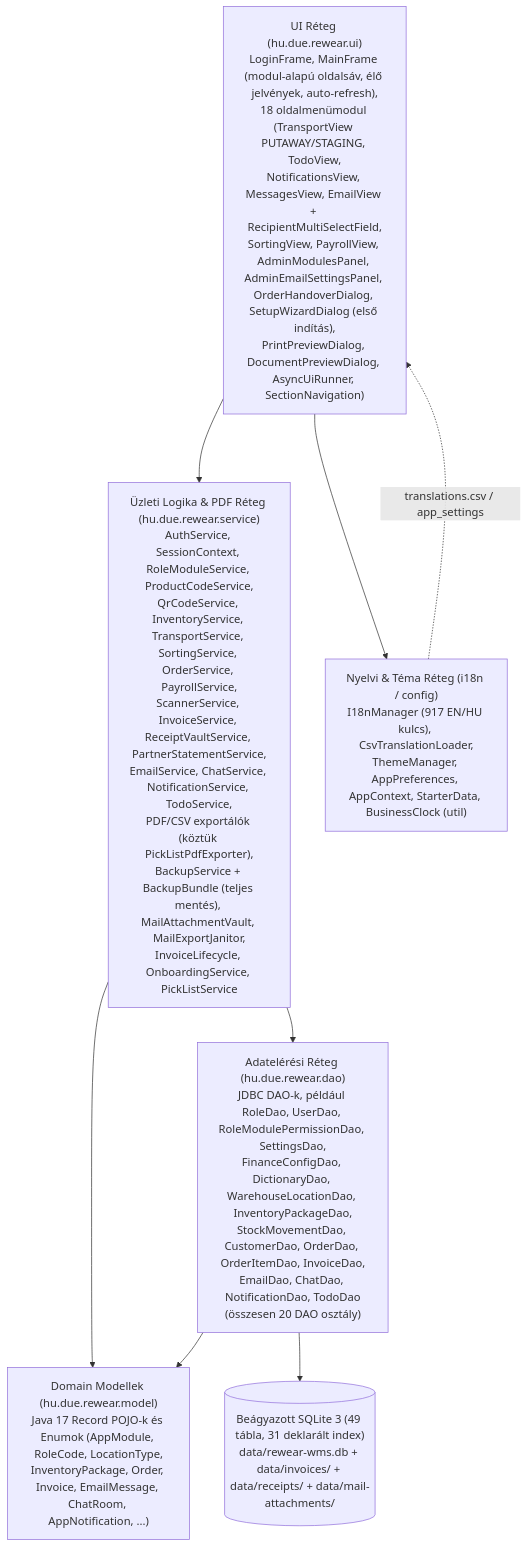
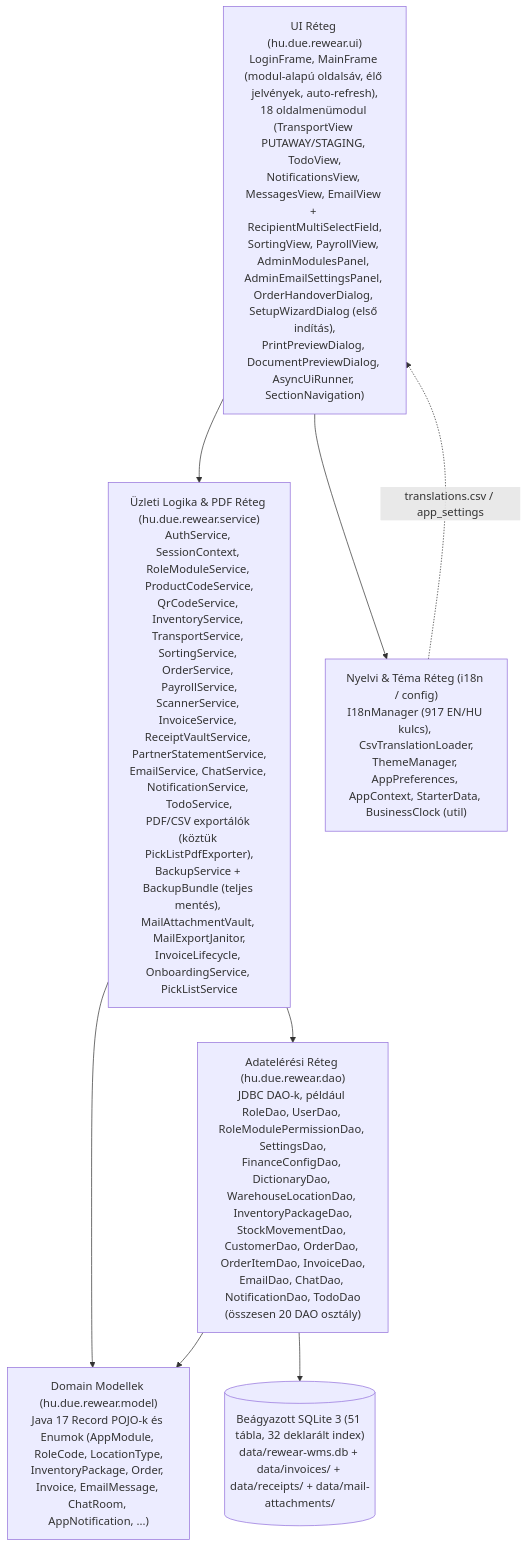
One commit to attilaczudor/due-prog-03 changed the first of 8 diagrams in docs/Programterv.md. Above: the diagram before and after it, drawn with Mermaid. The commit also changed other lines of this file and 13 other files, not shown here.

````diff
--- a/docs/Programterv.md
+++ b/docs/Programterv.md
@@ -11,17 +11,17 @@
 ```mermaid
 flowchart TD
     UI["UI Réteg (hu.due.rewear.ui)<br/>LoginFrame, MainFrame (modul-alapú oldalsáv, élő jelvények, auto-refresh),<br/>18 oldalmenümodul (TransportView PUTAWAY/STAGING, TodoView,<br/>NotificationsView, MessagesView, EmailView + RecipientMultiSelectField,<br/>SortingView, PayrollView, AdminModulesPanel, AdminEmailSettingsPanel, OrderHandoverDialog, SetupWizardDialog (első indítás),<br/>PrintPreviewDialog, DocumentPreviewDialog, AsyncUiRunner, SectionNavigation)"]
     SVC["Üzleti Logika & PDF Réteg (hu.due.rewear.service)<br/>AuthService, SessionContext, RoleModuleService, ProductCodeService,<br/>QrCodeService, InventoryService, TransportService, SortingService, OrderService, PayrollService,<br/>ScannerService, InvoiceService, ReceiptVaultService, PartnerStatementService,<br/>EmailService, ChatService, NotificationService, TodoService,<br/>PDF/CSV exportálók (köztük PickListPdfExporter),<br/>BackupService + BackupBundle (teljes mentés), MailAttachmentVault, MailExportJanitor,<br/>InvoiceLifecycle, OnboardingService, PickListService"]
     I18N["Nyelvi & Téma Réteg (i18n / config)<br/>I18nManager (917 EN/HU kulcs), CsvTranslationLoader,<br/>ThemeManager, AppPreferences, AppContext, StarterData, BusinessClock (util)"]
     DAO["Adatelérési Réteg (hu.due.rewear.dao)<br/>JDBC DAO-k, például RoleDao, UserDao, RoleModulePermissionDao, SettingsDao,<br/>FinanceConfigDao, DictionaryDao, WarehouseLocationDao, InventoryPackageDao,<br/>StockMovementDao, CustomerDao, OrderDao, OrderItemDao, InvoiceDao,<br/>EmailDao, ChatDao, NotificationDao, TodoDao<br/>(összesen 20 DAO osztály)"]
     MODEL["Domain Modellek (hu.due.rewear.model)<br/>Java 17 Record POJO-k és Enumok (AppModule, RoleCode, LocationType,<br/>InventoryPackage, Order, Invoice, EmailMessage, ChatRoom, AppNotification, ...)"]
-    DB[("Beágyazott SQLite 3 (49 tábla, 31 deklarált index)<br/>data/rewear-wms.db + data/invoices/ + data/receipts/ + data/mail-attachments/")]
+    DB[("Beágyazott SQLite 3 (51 tábla, 32 deklarált index)<br/>data/rewear-wms.db + data/invoices/ + data/receipts/ + data/mail-attachments/")]
 
     UI --> SVC
     UI --> I18N
     SVC --> DAO
     SVC --> MODEL
     DAO --> MODEL
     DAO --> DB
     I18N -.->|"translations.csv / app_settings"| UI
 ```
````
